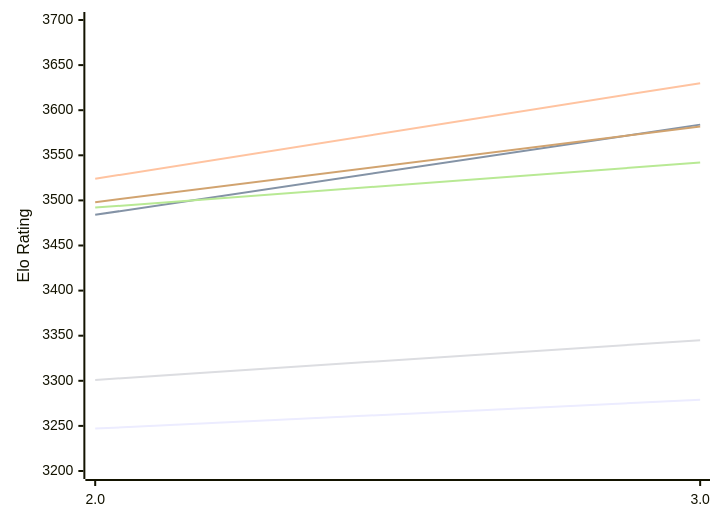
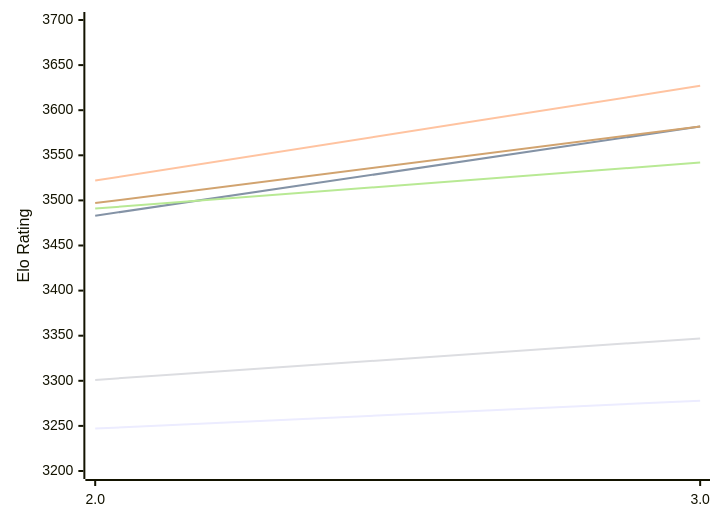
One commit to computer-chess-index/cci changed the first of 2 diagrams in engines/Quanticade.md. Above: the diagram before and after it, drawn with Mermaid. The commit also changed other lines of this file, not shown here.

Commit message:
Update CCI Ratings (ELO VLTC) - 2026-11-28

````diff
--- a/engines/Quanticade.md
+++ b/engines/Quanticade.md
@@ -50,12 +50,12 @@
 ```mermaid
 %%{init: {"theme":"base","themeVariables":{"seriesColors:['#a3a3a3','#222221','#faa371']}}}%%
 xychart-beta
   x-axis ["2.0", "3.0"]
   y-axis "Elo Rating" 3200 --> 3700
-  line "E1: STC (8.0+0.08s)" [3247, 3279]
-  line "E1: LTC (60.0+0.60s)" [3484, 3584]
-  line "E1: VLTC (2m24s+1.12s)" [3524, 3630]
-  line "P1: STC (8.0+0.08s)" [3301, 3345]
-  line "P1: LTC (60.0+0.60s)" [3492, 3542]
-  line "P1: VLTC (2m24s+1.12s)" [3498, 3582]
+  line "E1: STC (8.0+0.08s)" [3247, 3278]
+  line "E1: LTC (60.0+0.60s)" [3483, 3582]
+  line "E1: VLTC (2m24s+1.12s)" [3522, 3627]
+  line "P1: STC (8.0+0.08s)" [3301, 3347]
+  line "P1: LTC (60.0+0.60s)" [3491, 3542]
+  line "P1: VLTC (2m24s+1.12s)" [3497, 3582]
 ```
````
